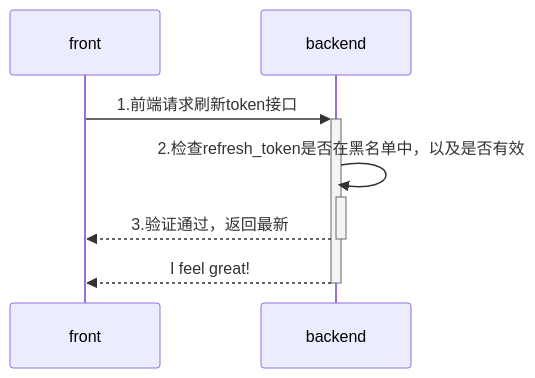
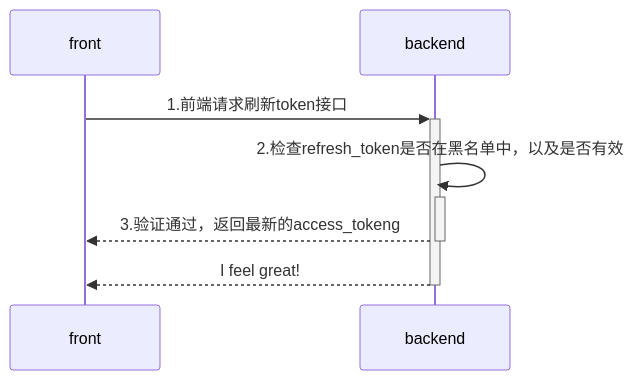
Before and after one commit to yingjianzh/iodraw-files: the diagram in all/未命名-4.md, drawn with Mermaid.

Commit message:
2024-08-02 17:45:32 update

````diff
--- a/all/未命名-4.md
+++ b/all/未命名-4.md
@@ -1,8 +1,8 @@
 ```mermaid
 sequenceDiagram
     front->>+backend: 1.前端请求刷新token接口
     backend->>+backend: 2.检查refresh_token是否在黑名单中，以及是否有效
-    backend-->>-front: 3.验证通过，返回最新
+    backend-->>-front: 3.验证通过，返回最新的access_tokeng
     backend-->>-front: I feel great!
             
 ```
````
